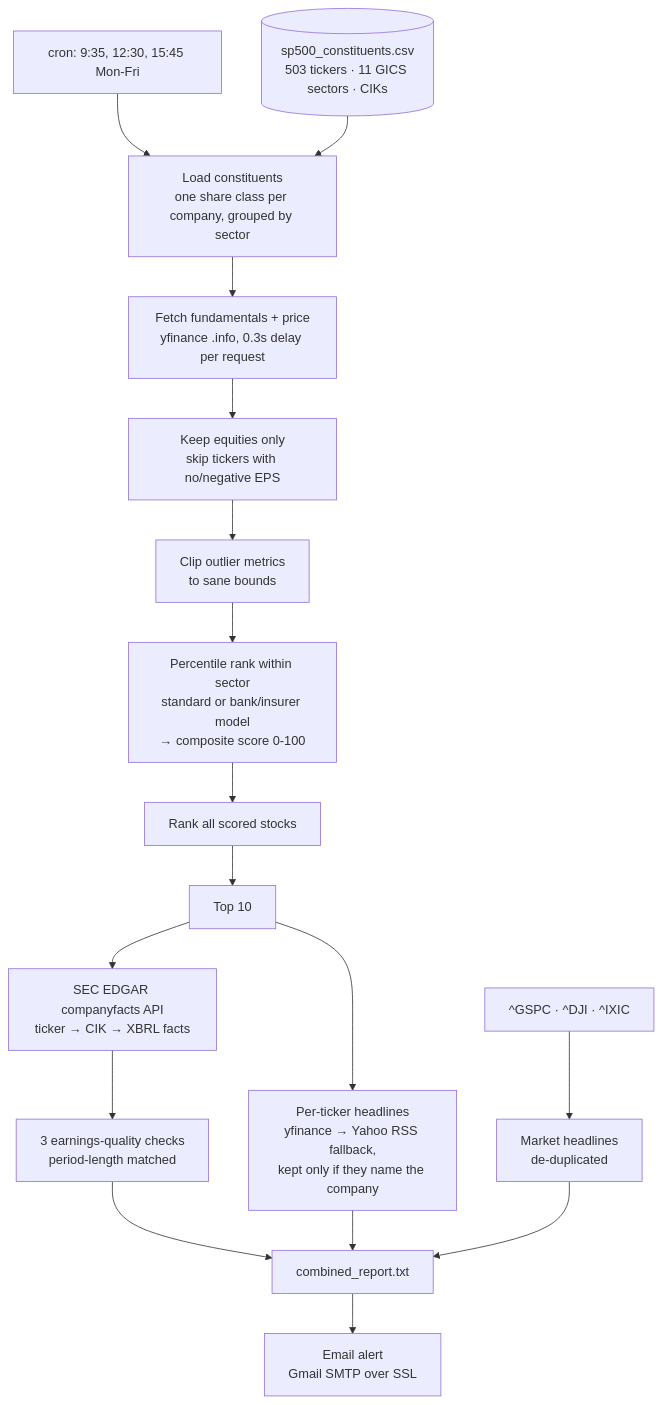
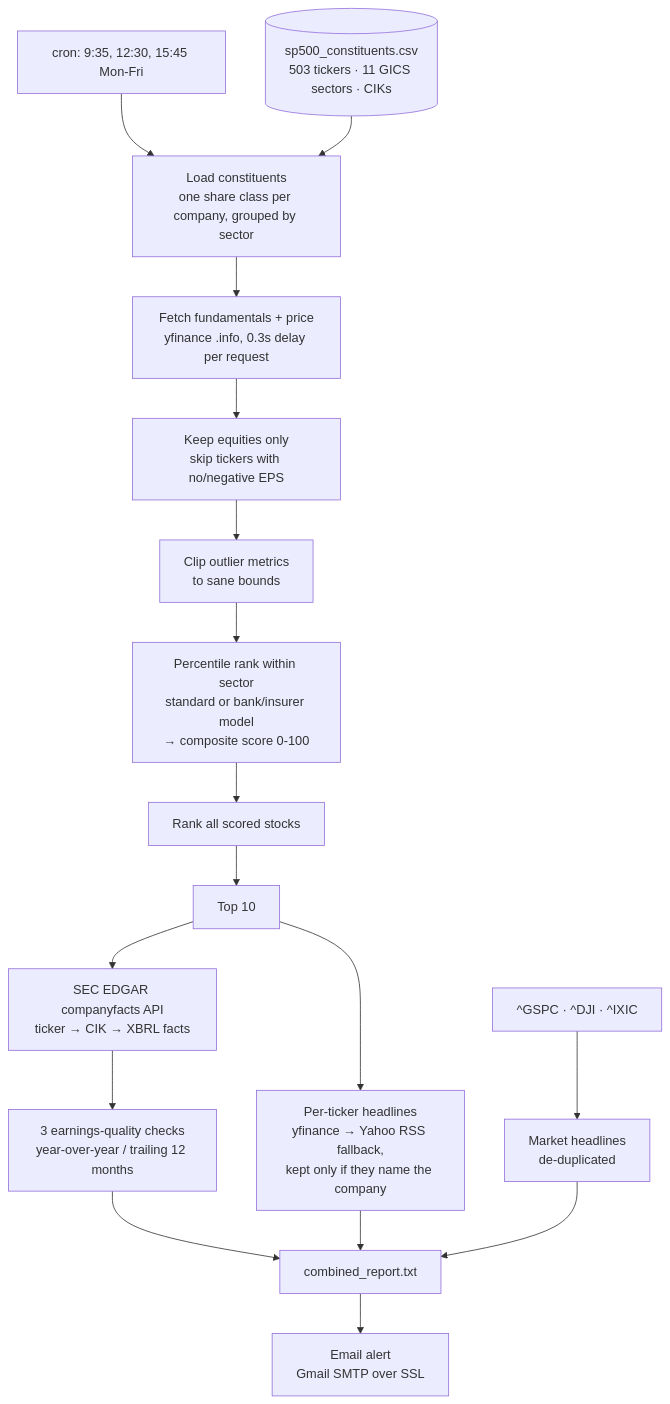
The diagram in README.md (Hmelconian21/Stock-Research-System), drawn with Mermaid before and after one commit. The commit also changed other lines of this file and 5 other files, not shown here.

First line of the commit message:
Compare red-flag checks year over year and on trailing twelve months

````diff
--- a/README.md
+++ b/README.md
@@ -9,19 +9,19 @@
 ```mermaid
 flowchart TD
     CRON["cron: 9:35, 12:30, 15:45 Mon-Fri"] --> LOAD
     CSV[("sp500_constituents.csv<br/>503 tickers · 11 GICS sectors · CIKs")] --> LOAD["Load constituents<br/>one share class per company, grouped by sector"]
     LOAD --> FETCH["Fetch fundamentals + price<br/>yfinance .info, 0.3s delay per request"]
     FETCH --> FILTER["Keep equities only<br/>skip tickers with no/negative EPS"]
     FILTER --> CLIP["Clip outlier metrics<br/>to sane bounds"]
     CLIP --> SCORE["Percentile rank within sector<br/>standard or bank/insurer model<br/>→ composite score 0-100"]
     SCORE --> RANK["Rank all scored stocks"]
     RANK --> TOP["Top 10"]
     TOP --> SEC["SEC EDGAR companyfacts API<br/>ticker → CIK → XBRL facts"]
-    SEC --> FLAGS["3 earnings-quality checks<br/>period-length matched"]
+    SEC --> FLAGS["3 earnings-quality checks<br/>year-over-year / trailing 12 months"]
     TOP --> NEWS["Per-ticker headlines<br/>yfinance → Yahoo RSS fallback,<br/>kept only if they name the company"]
     IDX["^GSPC · ^DJI · ^IXIC"] --> MKT["Market headlines<br/>de-duplicated"]
     FLAGS --> REPORT["combined_report.txt"]
     NEWS --> REPORT
     MKT --> REPORT
     REPORT --> EMAIL["Email alert<br/>Gmail SMTP over SSL"]
 ```
````
